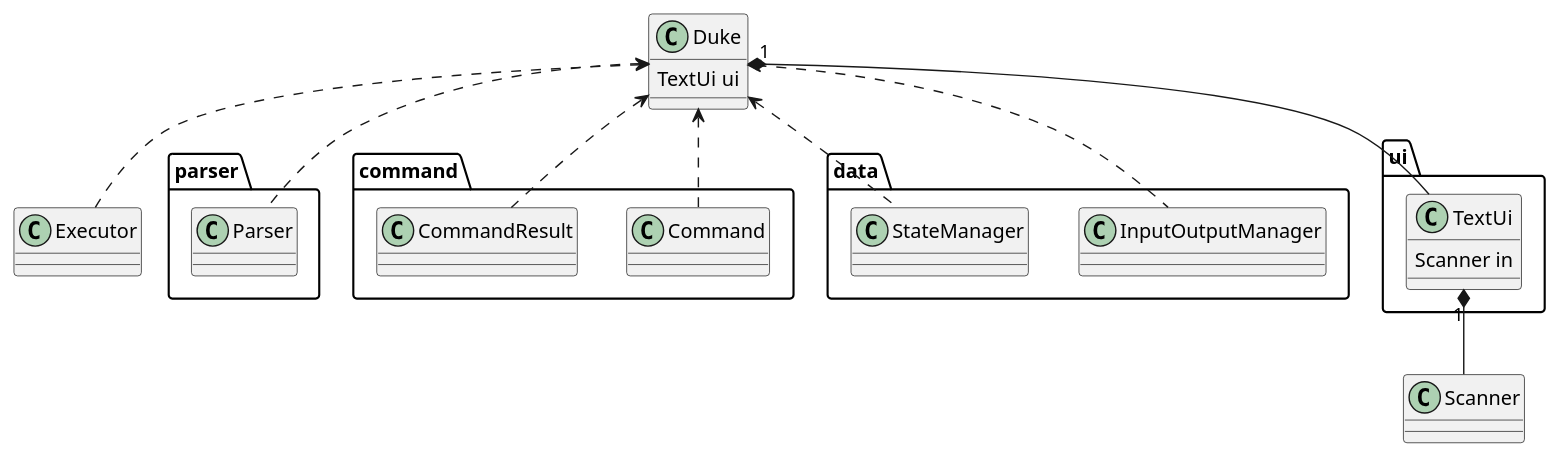
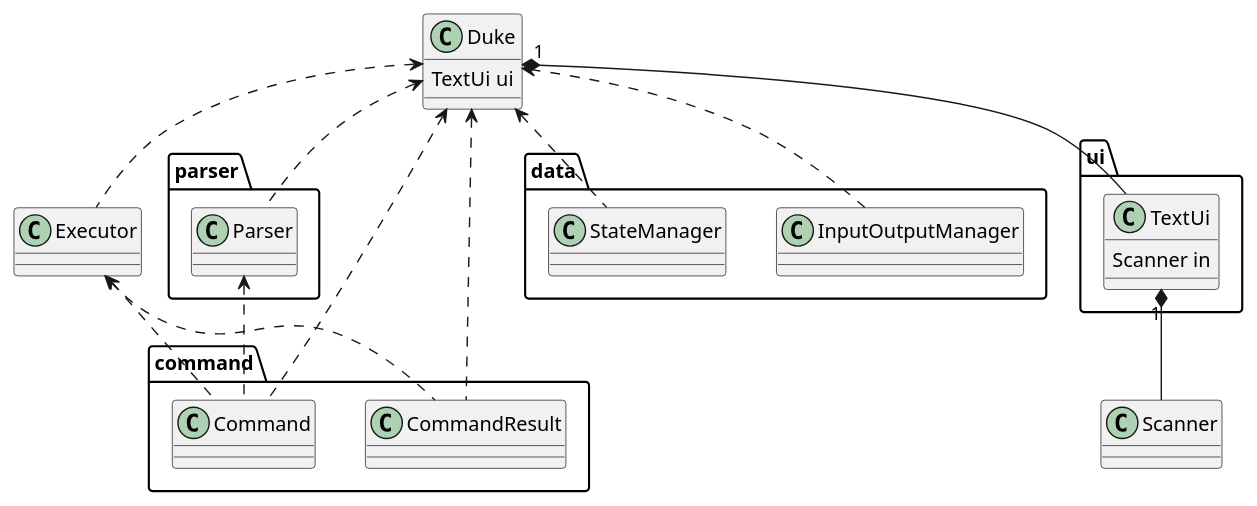
Before and after one commit to wangqinNick/tp: the diagram in docs/diagrams/UML/MainClassDiagram.puml, drawn with PlantUML. The commit also changed 4 other files, not shown here.

Commit message:
Fixed diagrams and updated DevGuide

```diff
--- a/docs/diagrams/UML/MainClassDiagram.puml
+++ b/docs/diagrams/UML/MainClassDiagram.puml
@@ -1,39 +1,43 @@
 @startuml
 
 class Duke {
     TextUi ui
 }
 class Executor
 class Scanner
 
 package parser {
     class Parser
 }
 
 package command {
     class Command
     class CommandResult
 }
 
 package data {
     class InputOutputManager
     class StateManager
 }
 
 package ui {
     class TextUi {
         Scanner in
     }
 }
 
 Duke "1" *-- TextUi
 Duke <.. Parser
 Duke <.. Command
 Duke <.. CommandResult
 Duke <.. Executor
 Duke <.. InputOutputManager
 Duke <.. StateManager
 
+Parser <.. Command
+Executor <.. Command
+Executor <.. CommandResult
+
 TextUi "1" *-- Scanner
 
 @enduml
```
